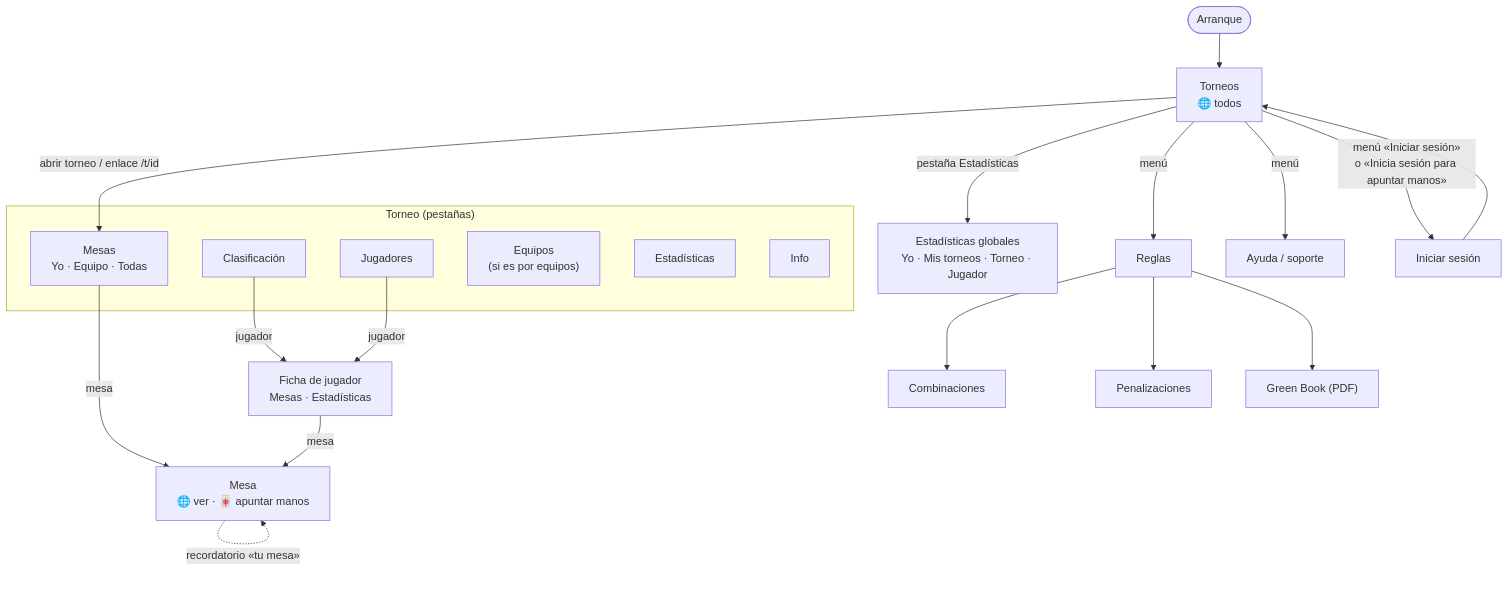
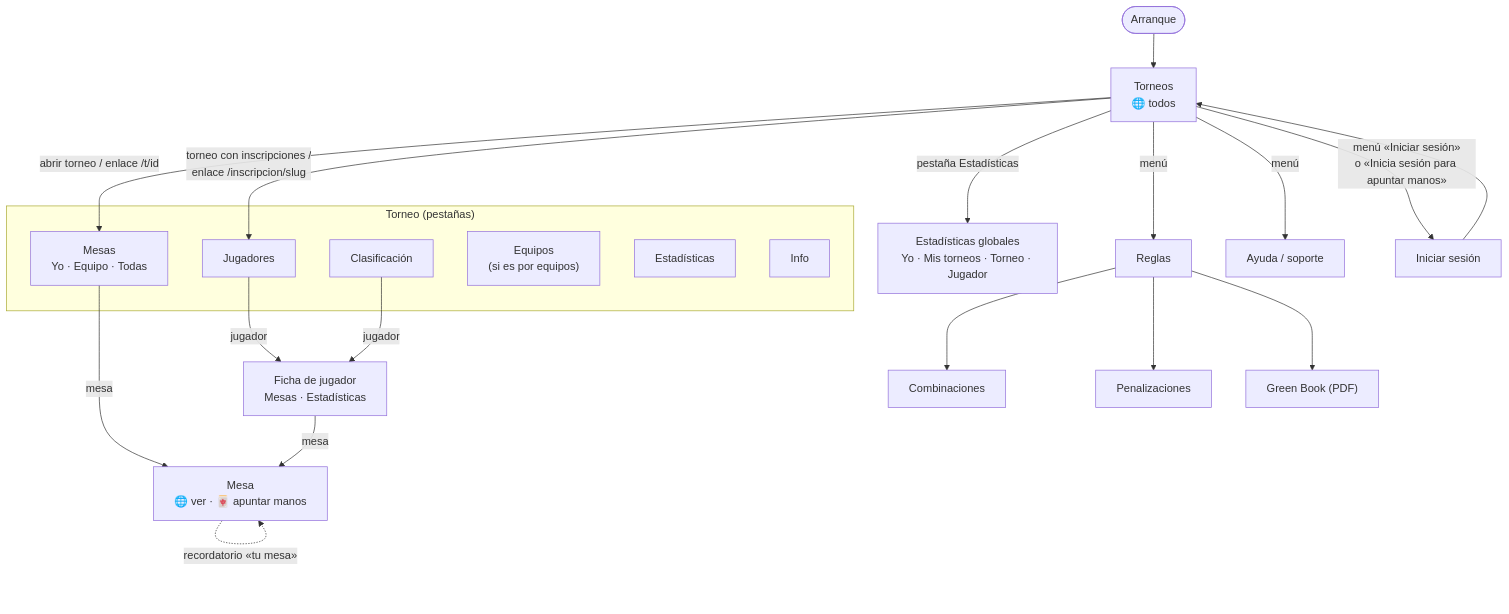
Before and after one commit to ernestovega/MahjongTournamentSuite_KMP: the second of 2 diagrams in docs/arquitectura/pantallas.md, drawn with Mermaid. The commit also changed other lines of this file and 7 other files, not shown here.

First line of the commit message:
Docs: registrations, public data, roles, architecture and the API

````diff
--- a/docs/arquitectura/pantallas.md
+++ b/docs/arquitectura/pantallas.md
@@ -24,23 +24,24 @@
 ```mermaid
 flowchart TD
   S([Arranque]) --> T["Torneos<br/>🌐 todos"]
   T -- "abrir torneo / enlace /t/id" --> TT
+  T -- "torneo con inscripciones /<br/>enlace /inscripcion/slug" --> TP
   subgraph Torneo["Torneo (pestañas)"]
     TT["Mesas<br/>Yo · Equipo · Todas"]
     TR["Clasificación"]
     TP["Jugadores"]
     TE["Equipos<br/>(si es por equipos)"]
     TS["Estadísticas"]
     TI["Info"]
   end
   TT -- "mesa" --> M["Mesa<br/>🌐 ver · 🀄 apuntar manos"]
   TP -- "jugador" --> J["Ficha de jugador<br/>Mesas · Estadísticas"]
   TR -- "jugador" --> J
   J -- "mesa" --> M
   T -- "pestaña Estadísticas" --> E["Estadísticas globales<br/>Yo · Mis torneos · Torneo · Jugador"]
   T -- "menú" --> R["Reglas"] & SUP["Ayuda / soporte"]
   R --> C["Combinaciones"] & P["Penalizaciones"] & GB["Green Book (PDF)"]
   T -- "menú «Iniciar sesión»<br/>o «Inicia sesión para apuntar manos»" --> L["Iniciar sesión"]
   L --> T
   M -. "recordatorio «tu mesa»" .-> M
 ```
````
